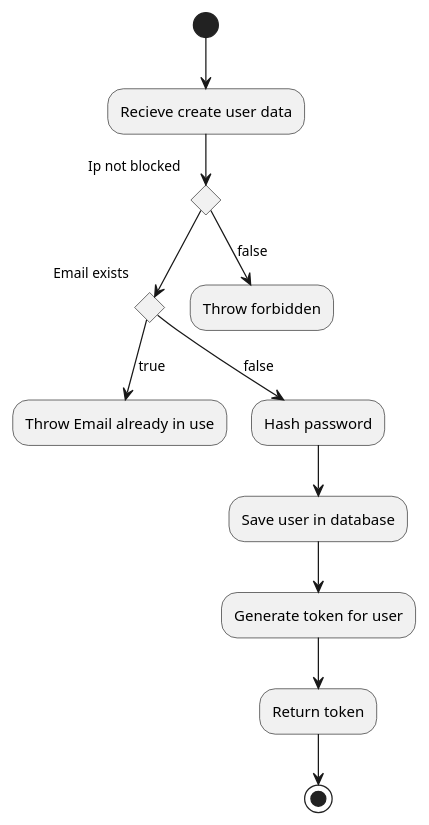
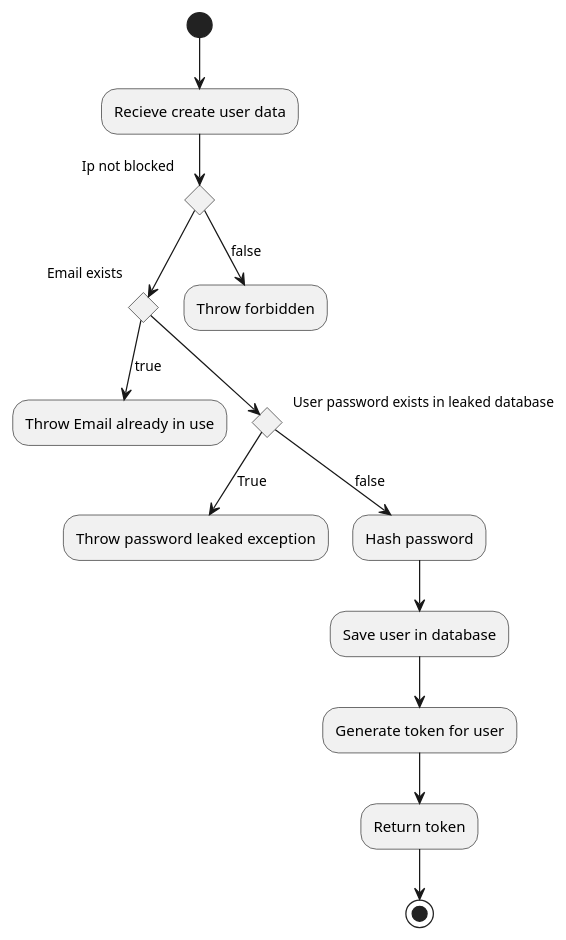
One commit to blackout1471/trust-us-school changed the diagram in Docs/FlowCharts/CreateUserFlowChart.plantuml. Above: the diagram before and after it, drawn with PlantUML. The commit also changed 18 other files, not shown here.

First line of the commit message:
Password leaked lookup (#10)

```diff
--- a/Docs/FlowCharts/CreateUserFlowChart.plantuml
+++ b/Docs/FlowCharts/CreateUserFlowChart.plantuml
@@ -1,17 +1,21 @@
 @startuml Create User Flowchart
 
 (*) --> "Recieve create user data"
 if "Ip not blocked " then
-  if "Email exists" then
-    -->[true] "Throw Email already in use"
-  else 
-    -->[false] "Hash password"
-    --> "Save user in database"
-    --> "Generate token for user"
-    --> "Return token"
-    --> (*)
-  end if 
-  else
-  -->[false] "Throw forbidden"
-end if
+	if "Email exists" then
+		-->[true] "Throw Email already in use"
+	else
+		if "User password exists in leaked database" then
+			-->[True]"Throw password leaked exception"
+		else
+			-->[false] "Hash password"
+			--> "Save user in database"
+			--> "Generate token for user"
+			--> "Return token"
+			--> (*)
+		end if
+	end if
+else
+-->[false] "Throw forbidden"
+
 @enduml
```
